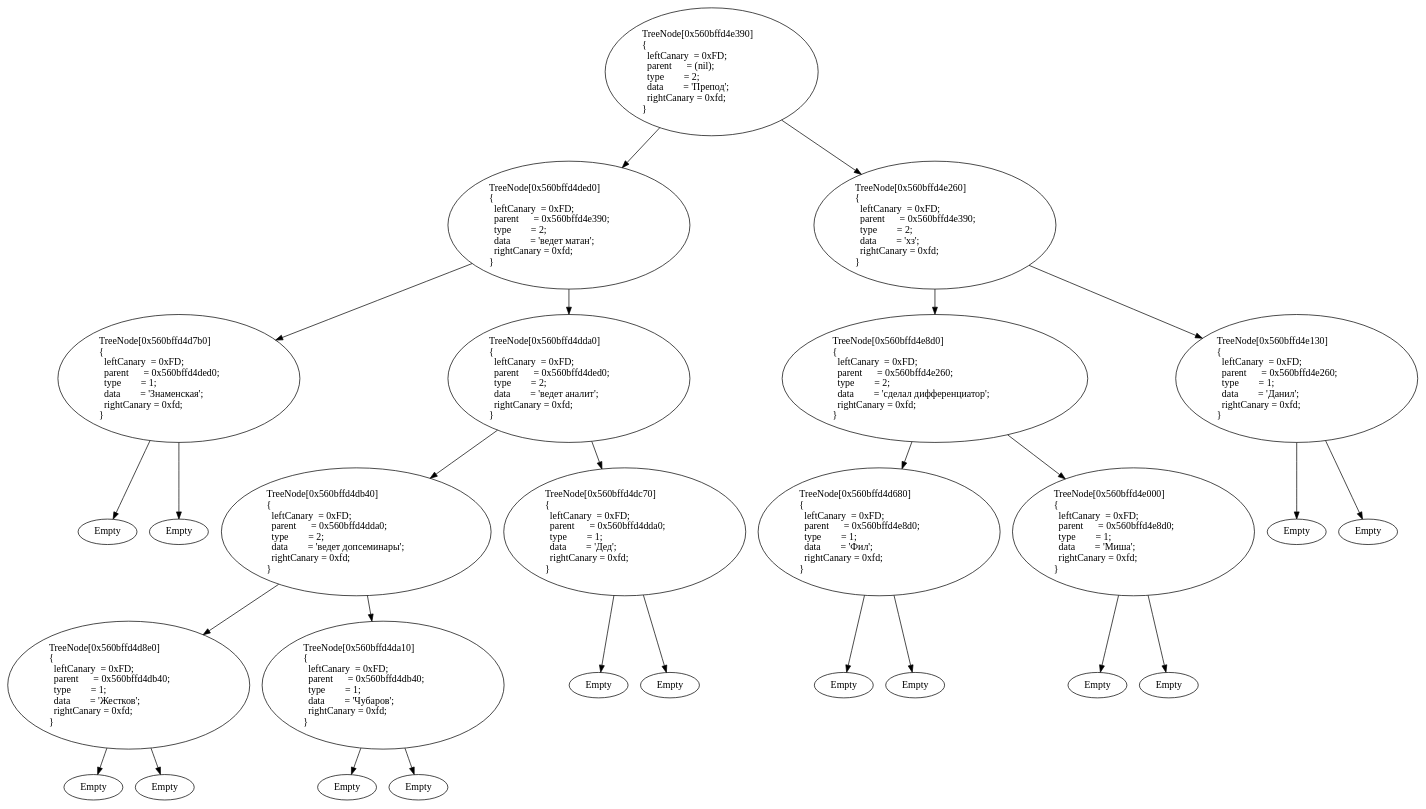
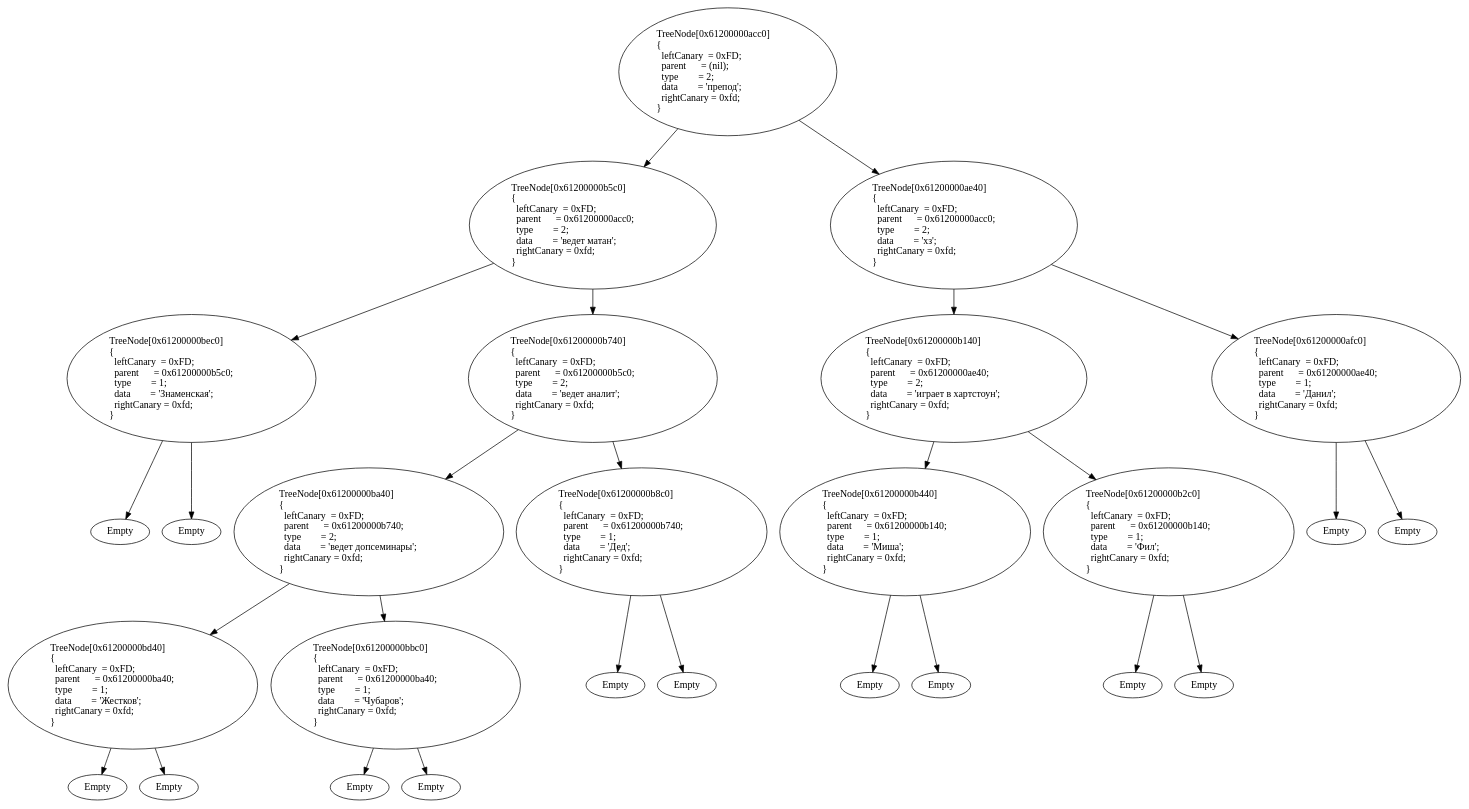
Before and after one commit to ZeronSix/technotrack: the diagram in Akinator/AkinatorDump.gv, drawn with Graphviz. The commit also changed 4 other files, not shown here.

```diff
--- a/Akinator/AkinatorDump.gv
+++ b/Akinator/AkinatorDump.gv
@@ -1,55 +1,55 @@
 digraph G {
-TreeNode_0x560bffd4e390 [label="TreeNode[0x560bffd4e390]\l{\l   leftCanary  = 0xFD;\l   parent      = (nil);\l   type        = 2;\l   data        = 'Препод';\l   rightCanary = 0xfd;\l}\l"]
-TreeNode_0x560bffd4ded0 [label="TreeNode[0x560bffd4ded0]\l{\l   leftCanary  = 0xFD;\l   parent      = 0x560bffd4e390;\l   type        = 2;\l   data        = 'ведет матан';\l   rightCanary = 0xfd;\l}\l"]
-TreeNode_0x560bffd4d7b0 [label="TreeNode[0x560bffd4d7b0]\l{\l   leftCanary  = 0xFD;\l   parent      = 0x560bffd4ded0;\l   type        = 1;\l   data        = 'Знаменская';\l   rightCanary = 0xfd;\l}\l"]
-TreeNode_0x560bffd4d7b0_Left [label="Empty"]
-TreeNode_0x560bffd4d7b0 -> TreeNode_0x560bffd4d7b0_Left
-TreeNode_0x560bffd4d7b0_Right [label="Empty"]
-TreeNode_0x560bffd4d7b0 -> TreeNode_0x560bffd4d7b0_Right
-TreeNode_0x560bffd4dda0 [label="TreeNode[0x560bffd4dda0]\l{\l   leftCanary  = 0xFD;\l   parent      = 0x560bffd4ded0;\l   type        = 2;\l   data        = 'ведет аналит';\l   rightCanary = 0xfd;\l}\l"]
-TreeNode_0x560bffd4db40 [label="TreeNode[0x560bffd4db40]\l{\l   leftCanary  = 0xFD;\l   parent      = 0x560bffd4dda0;\l   type        = 2;\l   data        = 'ведет допсеминары';\l   rightCanary = 0xfd;\l}\l"]
-TreeNode_0x560bffd4d8e0 [label="TreeNode[0x560bffd4d8e0]\l{\l   leftCanary  = 0xFD;\l   parent      = 0x560bffd4db40;\l   type        = 1;\l   data        = 'Жестков';\l   rightCanary = 0xfd;\l}\l"]
-TreeNode_0x560bffd4d8e0_Left [label="Empty"]
-TreeNode_0x560bffd4d8e0 -> TreeNode_0x560bffd4d8e0_Left
-TreeNode_0x560bffd4d8e0_Right [label="Empty"]
-TreeNode_0x560bffd4d8e0 -> TreeNode_0x560bffd4d8e0_Right
-TreeNode_0x560bffd4da10 [label="TreeNode[0x560bffd4da10]\l{\l   leftCanary  = 0xFD;\l   parent      = 0x560bffd4db40;\l   type        = 1;\l   data        = 'Чубаров';\l   rightCanary = 0xfd;\l}\l"]
-TreeNode_0x560bffd4da10_Left [label="Empty"]
-TreeNode_0x560bffd4da10 -> TreeNode_0x560bffd4da10_Left
-TreeNode_0x560bffd4da10_Right [label="Empty"]
-TreeNode_0x560bffd4da10 -> TreeNode_0x560bffd4da10_Right
-TreeNode_0x560bffd4db40 -> TreeNode_0x560bffd4d8e0
-TreeNode_0x560bffd4db40 -> TreeNode_0x560bffd4da10
-TreeNode_0x560bffd4dc70 [label="TreeNode[0x560bffd4dc70]\l{\l   leftCanary  = 0xFD;\l   parent      = 0x560bffd4dda0;\l   type        = 1;\l   data        = 'Дед';\l   rightCanary = 0xfd;\l}\l"]
-TreeNode_0x560bffd4dc70_Left [label="Empty"]
-TreeNode_0x560bffd4dc70 -> TreeNode_0x560bffd4dc70_Left
-TreeNode_0x560bffd4dc70_Right [label="Empty"]
-TreeNode_0x560bffd4dc70 -> TreeNode_0x560bffd4dc70_Right
-TreeNode_0x560bffd4dda0 -> TreeNode_0x560bffd4db40
-TreeNode_0x560bffd4dda0 -> TreeNode_0x560bffd4dc70
-TreeNode_0x560bffd4ded0 -> TreeNode_0x560bffd4d7b0
-TreeNode_0x560bffd4ded0 -> TreeNode_0x560bffd4dda0
-TreeNode_0x560bffd4e260 [label="TreeNode[0x560bffd4e260]\l{\l   leftCanary  = 0xFD;\l   parent      = 0x560bffd4e390;\l   type        = 2;\l   data        = 'хз';\l   rightCanary = 0xfd;\l}\l"]
-TreeNode_0x560bffd4e8d0 [label="TreeNode[0x560bffd4e8d0]\l{\l   leftCanary  = 0xFD;\l   parent      = 0x560bffd4e260;\l   type        = 2;\l   data        = 'сделал дифференциатор';\l   rightCanary = 0xfd;\l}\l"]
-TreeNode_0x560bffd4d680 [label="TreeNode[0x560bffd4d680]\l{\l   leftCanary  = 0xFD;\l   parent      = 0x560bffd4e8d0;\l   type        = 1;\l   data        = 'Фил';\l   rightCanary = 0xfd;\l}\l"]
-TreeNode_0x560bffd4d680_Left [label="Empty"]
-TreeNode_0x560bffd4d680 -> TreeNode_0x560bffd4d680_Left
-TreeNode_0x560bffd4d680_Right [label="Empty"]
-TreeNode_0x560bffd4d680 -> TreeNode_0x560bffd4d680_Right
-TreeNode_0x560bffd4e000 [label="TreeNode[0x560bffd4e000]\l{\l   leftCanary  = 0xFD;\l   parent      = 0x560bffd4e8d0;\l   type        = 1;\l   data        = 'Миша';\l   rightCanary = 0xfd;\l}\l"]
-TreeNode_0x560bffd4e000_Left [label="Empty"]
-TreeNode_0x560bffd4e000 -> TreeNode_0x560bffd4e000_Left
-TreeNode_0x560bffd4e000_Right [label="Empty"]
-TreeNode_0x560bffd4e000 -> TreeNode_0x560bffd4e000_Right
-TreeNode_0x560bffd4e8d0 -> TreeNode_0x560bffd4d680
-TreeNode_0x560bffd4e8d0 -> TreeNode_0x560bffd4e000
-TreeNode_0x560bffd4e130 [label="TreeNode[0x560bffd4e130]\l{\l   leftCanary  = 0xFD;\l   parent      = 0x560bffd4e260;\l   type        = 1;\l   data        = 'Данил';\l   rightCanary = 0xfd;\l}\l"]
-TreeNode_0x560bffd4e130_Left [label="Empty"]
-TreeNode_0x560bffd4e130 -> TreeNode_0x560bffd4e130_Left
-TreeNode_0x560bffd4e130_Right [label="Empty"]
-TreeNode_0x560bffd4e130 -> TreeNode_0x560bffd4e130_Right
-TreeNode_0x560bffd4e260 -> TreeNode_0x560bffd4e8d0
-TreeNode_0x560bffd4e260 -> TreeNode_0x560bffd4e130
-TreeNode_0x560bffd4e390 -> TreeNode_0x560bffd4ded0
-TreeNode_0x560bffd4e390 -> TreeNode_0x560bffd4e260
+TreeNode_0x61200000acc0 [label="TreeNode[0x61200000acc0]\l{\l   leftCanary  = 0xFD;\l   parent      = (nil);\l   type        = 2;\l   data        = 'препод';\l   rightCanary = 0xfd;\l}\l"]
+TreeNode_0x61200000b5c0 [label="TreeNode[0x61200000b5c0]\l{\l   leftCanary  = 0xFD;\l   parent      = 0x61200000acc0;\l   type        = 2;\l   data        = 'ведет матан';\l   rightCanary = 0xfd;\l}\l"]
+TreeNode_0x61200000bec0 [label="TreeNode[0x61200000bec0]\l{\l   leftCanary  = 0xFD;\l   parent      = 0x61200000b5c0;\l   type        = 1;\l   data        = 'Знаменская';\l   rightCanary = 0xfd;\l}\l"]
+TreeNode_0x61200000bec0_Left [label="Empty"]
+TreeNode_0x61200000bec0 -> TreeNode_0x61200000bec0_Left
+TreeNode_0x61200000bec0_Right [label="Empty"]
+TreeNode_0x61200000bec0 -> TreeNode_0x61200000bec0_Right
+TreeNode_0x61200000b740 [label="TreeNode[0x61200000b740]\l{\l   leftCanary  = 0xFD;\l   parent      = 0x61200000b5c0;\l   type        = 2;\l   data        = 'ведет аналит';\l   rightCanary = 0xfd;\l}\l"]
+TreeNode_0x61200000ba40 [label="TreeNode[0x61200000ba40]\l{\l   leftCanary  = 0xFD;\l   parent      = 0x61200000b740;\l   type        = 2;\l   data        = 'ведет допсеминары';\l   rightCanary = 0xfd;\l}\l"]
+TreeNode_0x61200000bd40 [label="TreeNode[0x61200000bd40]\l{\l   leftCanary  = 0xFD;\l   parent      = 0x61200000ba40;\l   type        = 1;\l   data        = 'Жестков';\l   rightCanary = 0xfd;\l}\l"]
+TreeNode_0x61200000bd40_Left [label="Empty"]
+TreeNode_0x61200000bd40 -> TreeNode_0x61200000bd40_Left
+TreeNode_0x61200000bd40_Right [label="Empty"]
+TreeNode_0x61200000bd40 -> TreeNode_0x61200000bd40_Right
+TreeNode_0x61200000bbc0 [label="TreeNode[0x61200000bbc0]\l{\l   leftCanary  = 0xFD;\l   parent      = 0x61200000ba40;\l   type        = 1;\l   data        = 'Чубаров';\l   rightCanary = 0xfd;\l}\l"]
+TreeNode_0x61200000bbc0_Left [label="Empty"]
+TreeNode_0x61200000bbc0 -> TreeNode_0x61200000bbc0_Left
+TreeNode_0x61200000bbc0_Right [label="Empty"]
+TreeNode_0x61200000bbc0 -> TreeNode_0x61200000bbc0_Right
+TreeNode_0x61200000ba40 -> TreeNode_0x61200000bd40
+TreeNode_0x61200000ba40 -> TreeNode_0x61200000bbc0
+TreeNode_0x61200000b8c0 [label="TreeNode[0x61200000b8c0]\l{\l   leftCanary  = 0xFD;\l   parent      = 0x61200000b740;\l   type        = 1;\l   data        = 'Дед';\l   rightCanary = 0xfd;\l}\l"]
+TreeNode_0x61200000b8c0_Left [label="Empty"]
+TreeNode_0x61200000b8c0 -> TreeNode_0x61200000b8c0_Left
+TreeNode_0x61200000b8c0_Right [label="Empty"]
+TreeNode_0x61200000b8c0 -> TreeNode_0x61200000b8c0_Right
+TreeNode_0x61200000b740 -> TreeNode_0x61200000ba40
+TreeNode_0x61200000b740 -> TreeNode_0x61200000b8c0
+TreeNode_0x61200000b5c0 -> TreeNode_0x61200000bec0
+TreeNode_0x61200000b5c0 -> TreeNode_0x61200000b740
+TreeNode_0x61200000ae40 [label="TreeNode[0x61200000ae40]\l{\l   leftCanary  = 0xFD;\l   parent      = 0x61200000acc0;\l   type        = 2;\l   data        = 'хз';\l   rightCanary = 0xfd;\l}\l"]
+TreeNode_0x61200000b140 [label="TreeNode[0x61200000b140]\l{\l   leftCanary  = 0xFD;\l   parent      = 0x61200000ae40;\l   type        = 2;\l   data        = 'играет в хартстоун';\l   rightCanary = 0xfd;\l}\l"]
+TreeNode_0x61200000b440 [label="TreeNode[0x61200000b440]\l{\l   leftCanary  = 0xFD;\l   parent      = 0x61200000b140;\l   type        = 1;\l   data        = 'Миша';\l   rightCanary = 0xfd;\l}\l"]
+TreeNode_0x61200000b440_Left [label="Empty"]
+TreeNode_0x61200000b440 -> TreeNode_0x61200000b440_Left
+TreeNode_0x61200000b440_Right [label="Empty"]
+TreeNode_0x61200000b440 -> TreeNode_0x61200000b440_Right
+TreeNode_0x61200000b2c0 [label="TreeNode[0x61200000b2c0]\l{\l   leftCanary  = 0xFD;\l   parent      = 0x61200000b140;\l   type        = 1;\l   data        = 'Фил';\l   rightCanary = 0xfd;\l}\l"]
+TreeNode_0x61200000b2c0_Left [label="Empty"]
+TreeNode_0x61200000b2c0 -> TreeNode_0x61200000b2c0_Left
+TreeNode_0x61200000b2c0_Right [label="Empty"]
+TreeNode_0x61200000b2c0 -> TreeNode_0x61200000b2c0_Right
+TreeNode_0x61200000b140 -> TreeNode_0x61200000b440
+TreeNode_0x61200000b140 -> TreeNode_0x61200000b2c0
+TreeNode_0x61200000afc0 [label="TreeNode[0x61200000afc0]\l{\l   leftCanary  = 0xFD;\l   parent      = 0x61200000ae40;\l   type        = 1;\l   data        = 'Данил';\l   rightCanary = 0xfd;\l}\l"]
+TreeNode_0x61200000afc0_Left [label="Empty"]
+TreeNode_0x61200000afc0 -> TreeNode_0x61200000afc0_Left
+TreeNode_0x61200000afc0_Right [label="Empty"]
+TreeNode_0x61200000afc0 -> TreeNode_0x61200000afc0_Right
+TreeNode_0x61200000ae40 -> TreeNode_0x61200000b140
+TreeNode_0x61200000ae40 -> TreeNode_0x61200000afc0
+TreeNode_0x61200000acc0 -> TreeNode_0x61200000b5c0
+TreeNode_0x61200000acc0 -> TreeNode_0x61200000ae40
 }
```
